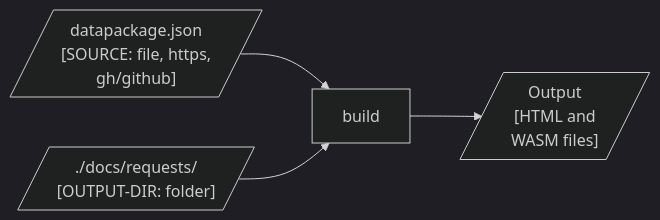
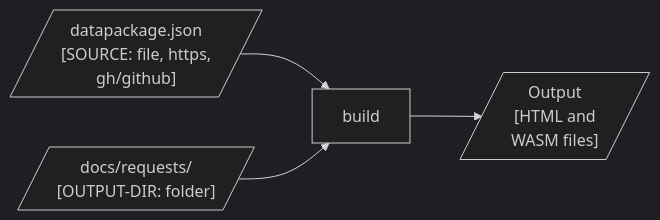
Before and after one commit to seedcase-project/seedcase-propagate: the first of 4 diagrams in docs/design/interface/cli.qmd, drawn with Mermaid (dark theme). The commit also changed other lines of this file, not shown here.

````diff
--- a/docs/design/interface/cli.qmd
+++ b/docs/design/interface/cli.qmd
@@ -55,18 +55,18 @@
 ```{mermaid}
 %%| label: fig-cli-build-flow
 %%| fig-cap: "The flow of input and output through the CLI `build` command."
 %%| fig-alt: >-
 %%|   Diagram showing the flow of input and output through the CLI `build`
 %%|   command. The user provides the source of the metadata file and output
 %%|   directory for the files.
 
 flowchart LR
     source[/"datapackage.json<br>[SOURCE: file, https,<br>gh/github]"/]
     build["build"]
-    output_dir[/"./docs/requests/<br>[OUTPUT-DIR: folder]"/]
+    output_dir[/"docs/requests/<br>[OUTPUT-DIR: folder]"/]
     output[/"Output<br>[HTML and<br>WASM files]"/]
 
     source --> build
     output_dir --> build
     build --> output
 ```
````
